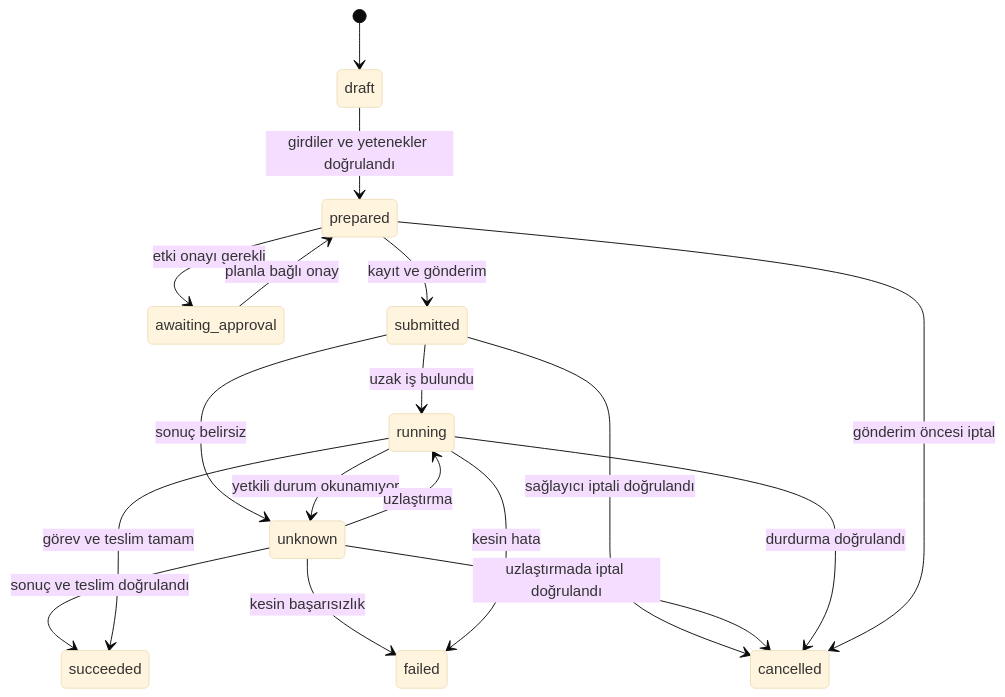
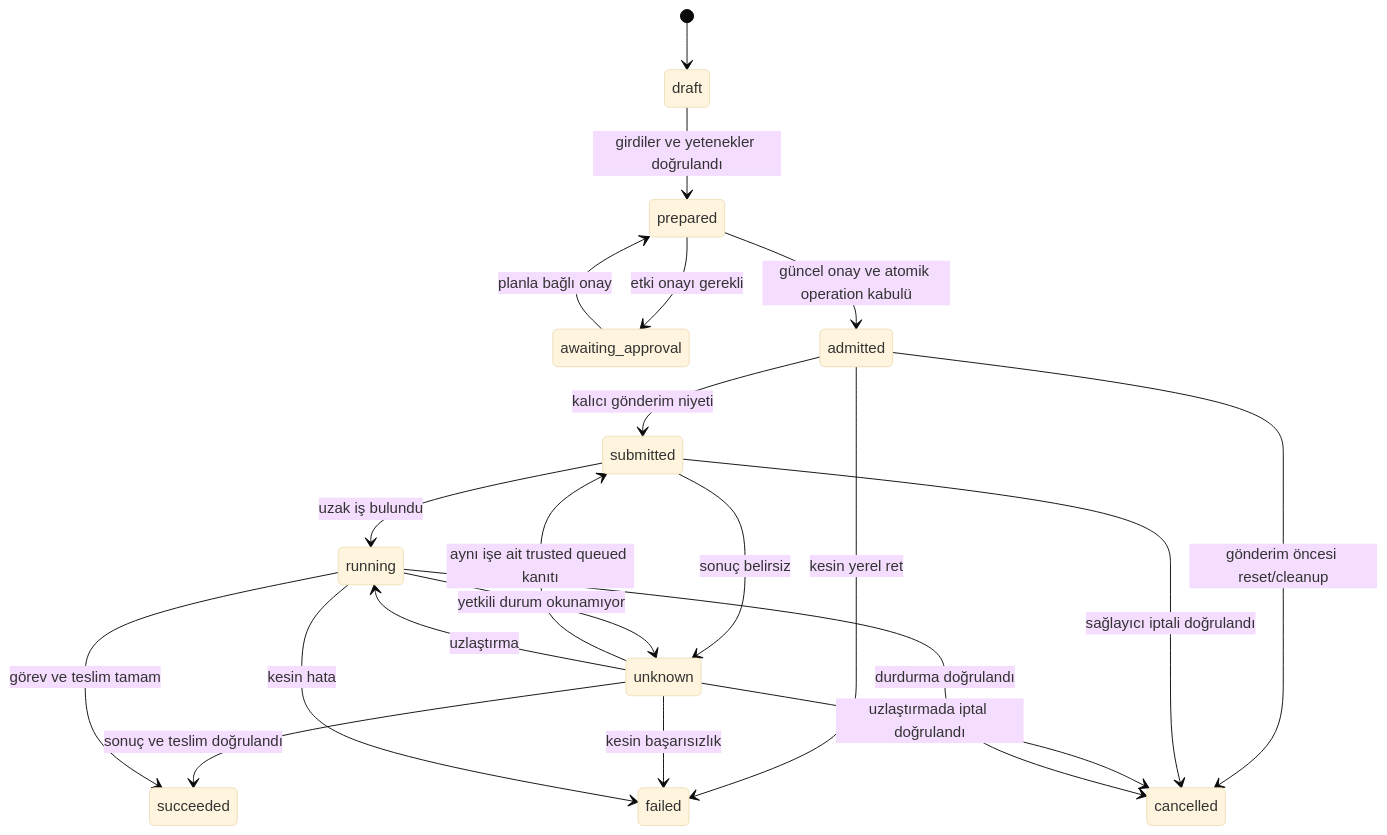
Before and after one commit to HodeTech/Yorunge: the diagram in docs/architecture/execution-model.md, drawn with Mermaid (base theme). The commit also changed other lines of this file and 33 other files, not shown here.

````diff
--- a/docs/architecture/execution-model.md
+++ b/docs/architecture/execution-model.md
@@ -30,20 +30,23 @@
 ```mermaid
 stateDiagram-v2
     [*] --> draft
     draft --> prepared: girdiler ve yetenekler doğrulandı
     prepared --> awaiting_approval: etki onayı gerekli
     awaiting_approval --> prepared: planla bağlı onay
-    prepared --> submitted: kayıt ve gönderim
+    prepared --> admitted: güncel onay ve atomik operation kabulü
+    admitted --> submitted: kalıcı gönderim niyeti
+    admitted --> failed: kesin yerel ret
+    admitted --> cancelled: gönderim öncesi reset/cleanup
     submitted --> running: uzak iş bulundu
     submitted --> unknown: sonuç belirsiz
     submitted --> cancelled: sağlayıcı iptali doğrulandı
     running --> unknown: yetkili durum okunamıyor
+    unknown --> submitted: aynı işe ait trusted queued kanıtı
     unknown --> running: uzlaştırma
     unknown --> succeeded: sonuç ve teslim doğrulandı
     unknown --> failed: kesin başarısızlık
     unknown --> cancelled: uzlaştırmada iptal doğrulandı
     running --> succeeded: görev ve teslim tamam
     running --> failed: kesin hata
     running --> cancelled: durdurma doğrulandı
-    prepared --> cancelled: gönderim öncesi iptal
 ```
````
